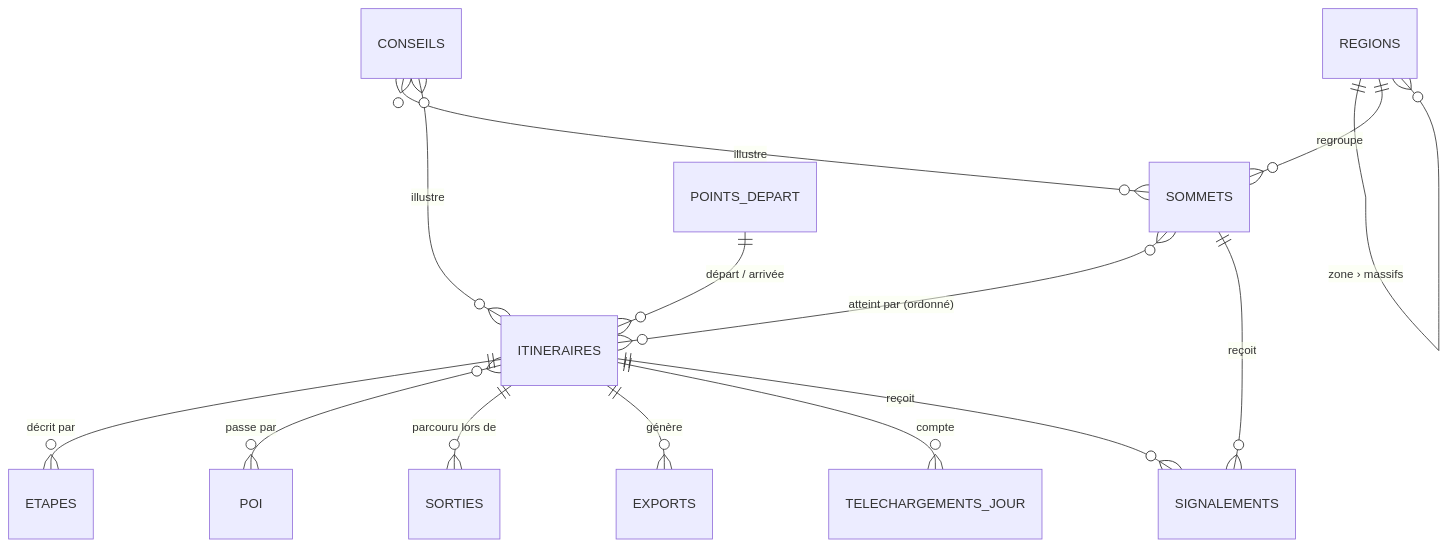
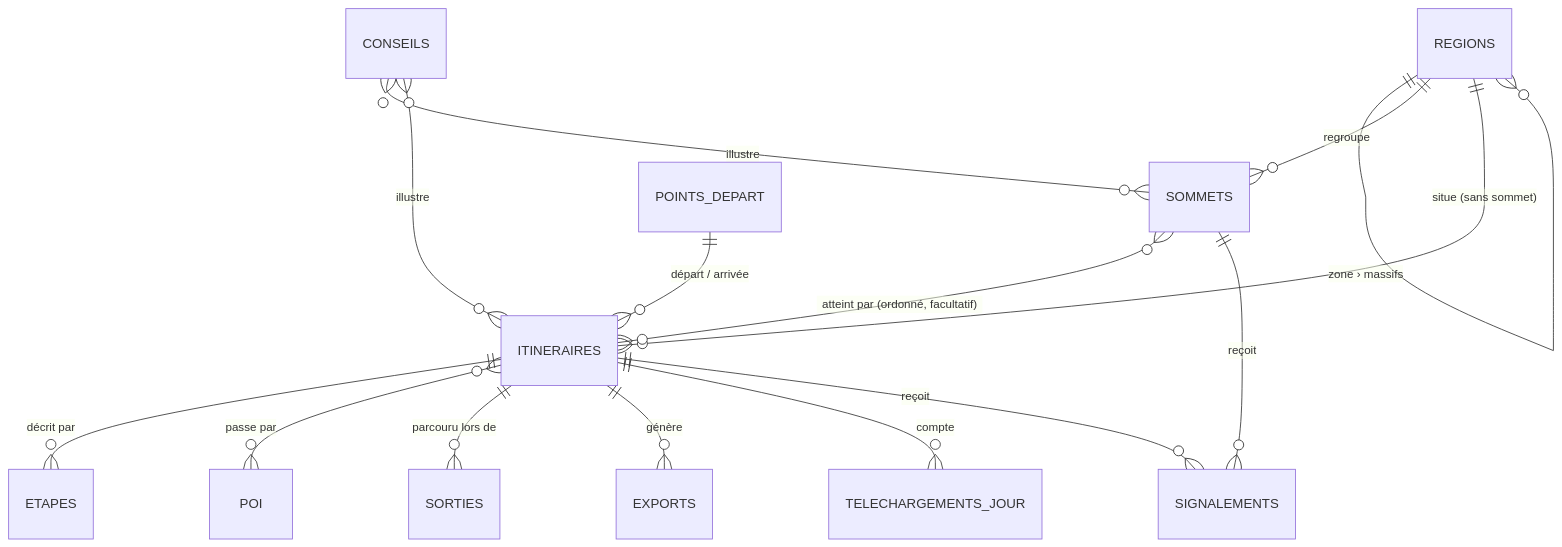
One commit to francoisgeorgesvieux/obiou-sommets changed the diagram in docs/05-modele-de-donnees.md. Above: the diagram before and after it, drawn with Mermaid. The commit also changed other lines of this file and 14 other files, not shown here.

First line of the commit message:
feat(cms): sorties sans sommet (fiche 01)

````diff
--- a/docs/05-modele-de-donnees.md
+++ b/docs/05-modele-de-donnees.md
@@ -27,16 +33,17 @@
 ```mermaid
 erDiagram
   REGIONS ||--o{ REGIONS : "zone › massifs"
   REGIONS ||--o{ SOMMETS : regroupe
-  SOMMETS }o--o{ ITINERAIRES : "atteint par (ordonné)"
+  REGIONS ||--o{ ITINERAIRES : "situe (sans sommet)"
+  SOMMETS }o--o{ ITINERAIRES : "atteint par (ordonné, facultatif)"
   POINTS_DEPART ||--o{ ITINERAIRES : "départ / arrivée"
   ITINERAIRES ||--o{ ETAPES : "décrit par"
   ITINERAIRES }o--o{ POI : "passe par"
   ITINERAIRES ||--o{ SORTIES : "parcouru lors de"
   CONSEILS }o--o{ SOMMETS : "illustre"
   CONSEILS }o--o{ ITINERAIRES : "illustre"
   ITINERAIRES ||--o{ EXPORTS : "génère"
   ITINERAIRES ||--o{ TELECHARGEMENTS_JOUR : "compte"
   ITINERAIRES ||--o{ SIGNALEMENTS : "reçoit"
   SOMMETS ||--o{ SIGNALEMENTS : "reçoit"
 ```
````
